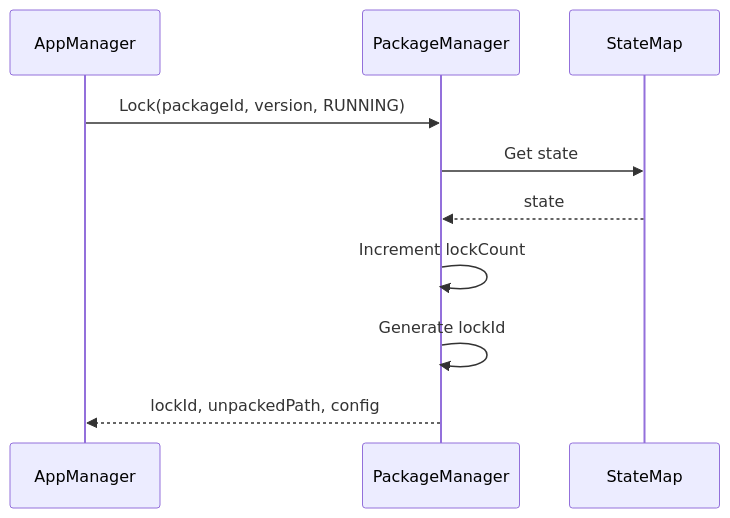
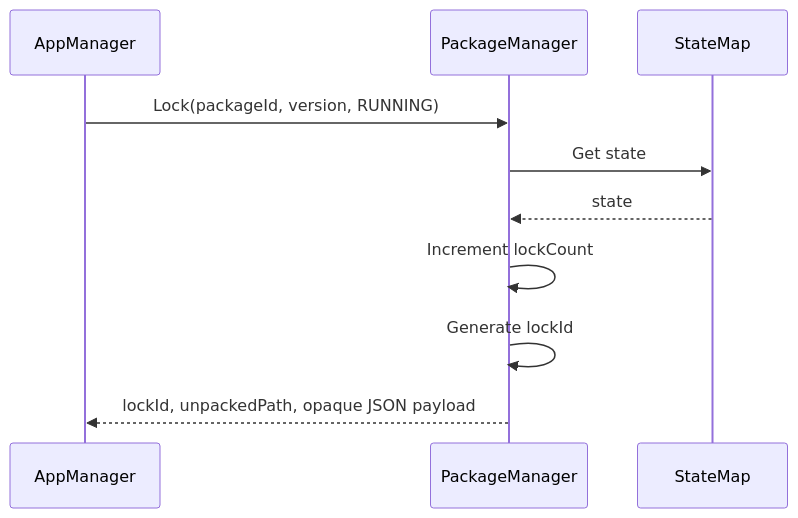
Before and after one commit to rdkcentral/entservices-appmanagers: the fifth of 8 diagrams in PackageManager/PackageManager.md, drawn with Mermaid. The commit also changed other lines of this file and 77 other files, not shown here.

````diff
--- a/PackageManager/PackageManager.md
+++ b/PackageManager/PackageManager.md
@@ -391,13 +391,13 @@
 ```mermaid
 sequenceDiagram
     participant AM as AppManager
     participant PKG as PackageManager
     participant State as StateMap
 
     AM->>PKG: Lock(packageId, version, RUNNING)
     PKG->>State: Get state
     State-->>PKG: state
     PKG->>PKG: Increment lockCount
     PKG->>PKG: Generate lockId
-    PKG-->>AM: lockId, unpackedPath, config
+    PKG-->>AM: lockId, unpackedPath, opaque JSON payload
 ```
````
